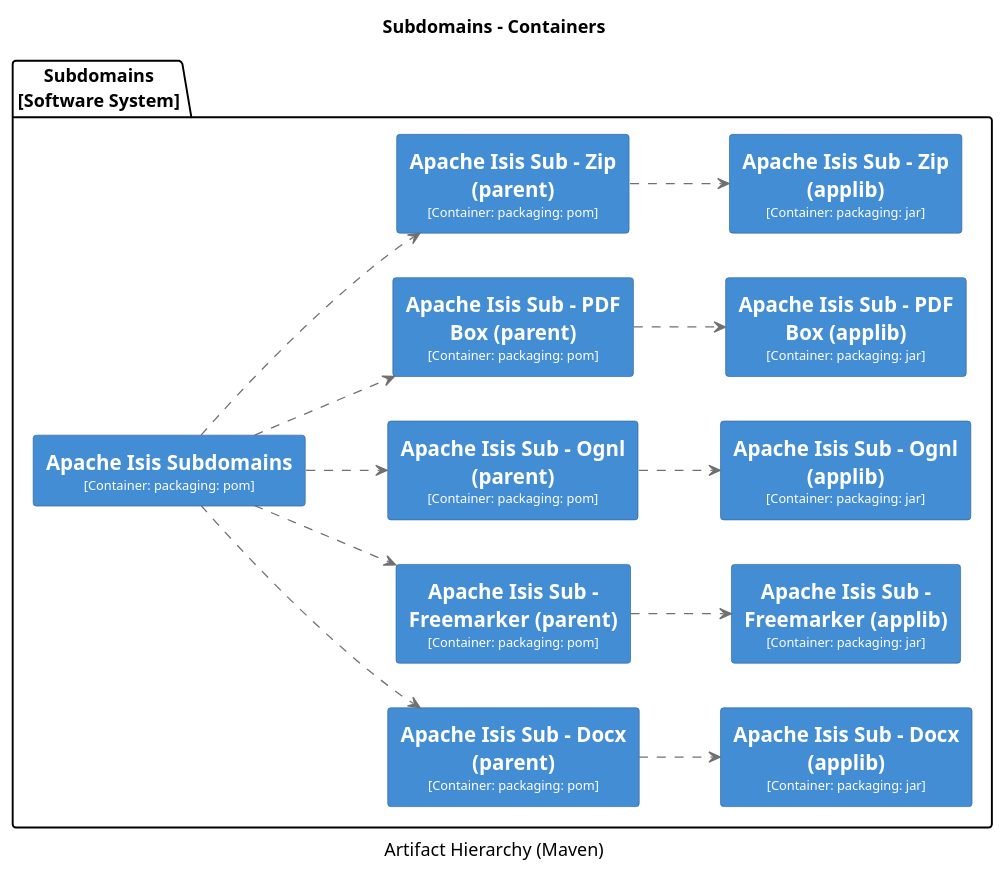
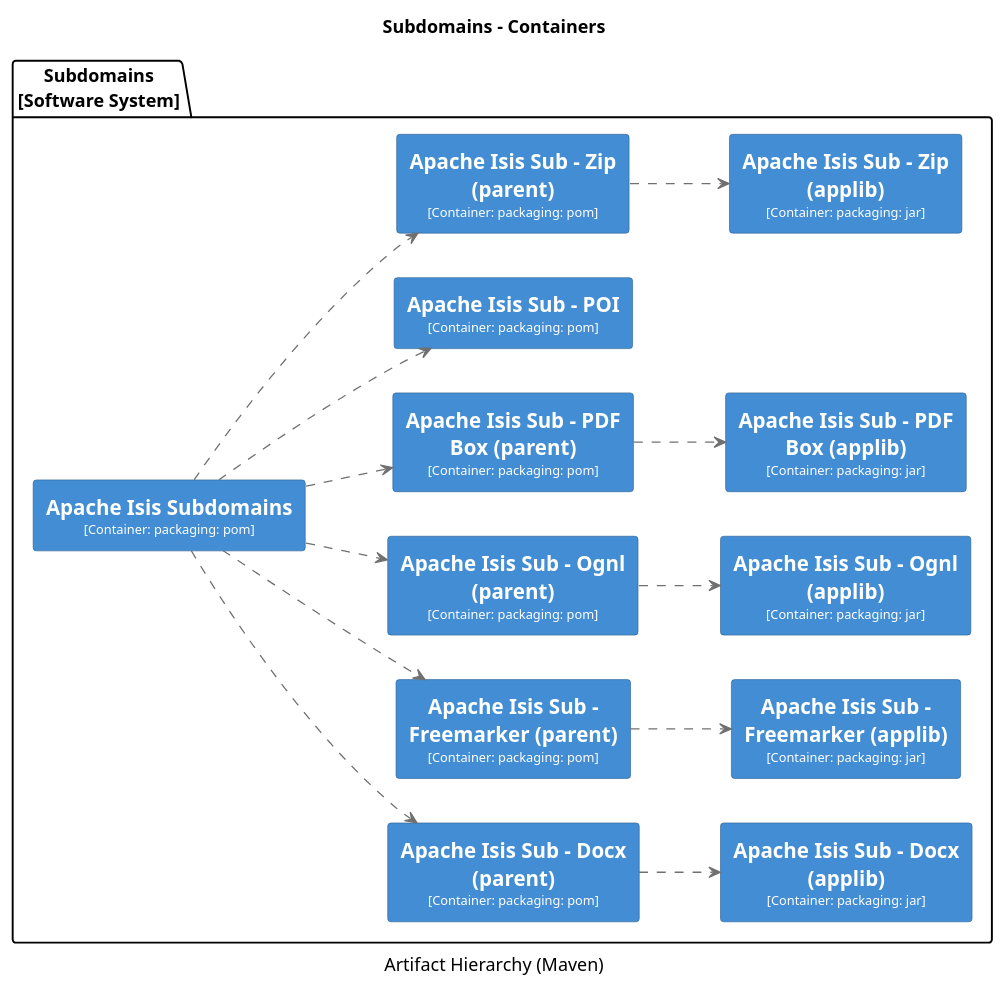
Before and after one commit to apache/causeway: diagram 28 of 38 in core/adoc/modules/_overview/pages/about.adoc, drawn with PlantUML. The commit also changed other lines of this file and 130 other files, not shown here.

```diff
--- a/core/adoc/modules/_overview/pages/about.adoc
+++ b/core/adoc/modules/_overview/pages/about.adoc
@@ -4695,6 +5163,11 @@
   BorderColor #2E6295
 }
 skinparam rectangle<<12>> {
+  BackgroundColor #438dd5
+  FontColor #fffffe
+  BorderColor #2E6295
+}
+skinparam rectangle<<13>> {
   BackgroundColor #438dd5
   FontColor #fffffe
   BorderColor #2E6295
@@ -4753,19 +5226,21 @@
   rectangle "==Apache Isis Sub - Ognl (parent)\n<size:10>[Container: packaging: pom]</size>" <<7>> as 7
   rectangle "==Apache Isis Sub - PDF Box (applib)\n<size:10>[Container: packaging: jar]</size>" <<10>> as 10
   rectangle "==Apache Isis Sub - PDF Box (parent)\n<size:10>[Container: packaging: pom]</size>" <<9>> as 9
-  rectangle "==Apache Isis Sub - Zip (applib)\n<size:10>[Container: packaging: jar]</size>" <<12>> as 12
-  rectangle "==Apache Isis Sub - Zip (parent)\n<size:10>[Container: packaging: pom]</size>" <<11>> as 11
+  rectangle "==Apache Isis Sub - POI\n<size:10>[Container: packaging: pom]</size>" <<11>> as 11
+  rectangle "==Apache Isis Sub - Zip (applib)\n<size:10>[Container: packaging: jar]</size>" <<13>> as 13
+  rectangle "==Apache Isis Sub - Zip (parent)\n<size:10>[Container: packaging: pom]</size>" <<12>> as 12
   rectangle "==Apache Isis Subdomains\n<size:10>[Container: packaging: pom]</size>" <<2>> as 2
 }
 3 .[#707070].> 4 : ""
 5 .[#707070].> 6 : ""
 7 .[#707070].> 8 : ""
 9 .[#707070].> 10 : ""
-11 .[#707070].> 12 : ""
+12 .[#707070].> 13 : ""
 2 .[#707070].> 3 : ""
 2 .[#707070].> 5 : ""
 2 .[#707070].> 7 : ""
 2 .[#707070].> 9 : ""
 2 .[#707070].> 11 : ""
+2 .[#707070].> 12 : ""
 @enduml
 ----
```
